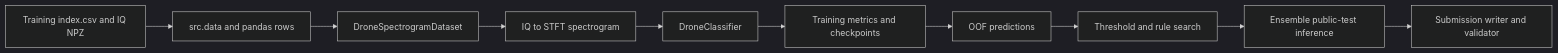
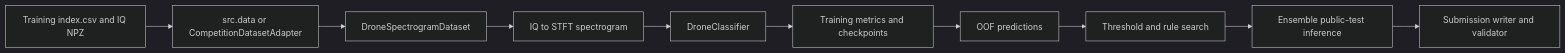
One commit to littlecookie0722/wairc-2026 changed the first of 2 diagrams in docs/architecture.md. Above: the diagram before and after it, drawn with Mermaid (dark theme). The commit also changed other lines of this file and 9 other files, not shown here.

Commit message:
feat: add public competition dataset adapter

````diff
--- a/docs/architecture.md
+++ b/docs/architecture.md
@@ -10,12 +10,12 @@
 ```mermaid
 flowchart LR
-    A["Training index.csv and IQ NPZ"] --> B["src.data and pandas rows"]
+    A["Training index.csv and IQ NPZ"] --> B["src.data or CompetitionDatasetAdapter"]
     B --> C["DroneSpectrogramDataset"]
     C --> D["IQ to STFT spectrogram"]
     D --> E["DroneClassifier"]
     E --> F["Training metrics and checkpoints"]
     F --> G["OOF predictions"]
     G --> H["Threshold and rule search"]
     H --> I["Ensemble public-test inference"]
     I --> J["Submission writer and validator"]
 ```
````
